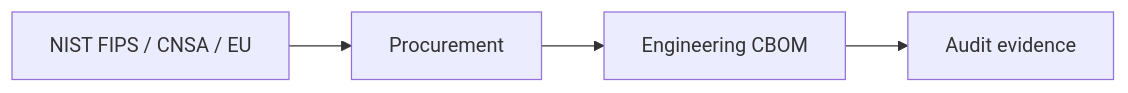
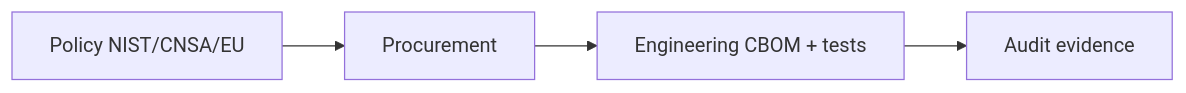
The first of 2 diagrams in manuscript/chapters/21-industry-government.md (kalyogyogi-ui/Ai-check-), drawn with Mermaid before and after one commit. The commit also changed other lines of this file and 31 other files, not shown here.

First line of the commit message:
Fix figure placement: in-section after intro text, repair corrupted headings

````diff
--- a/manuscript/chapters/21-industry-government.md
+++ b/manuscript/chapters/21-industry-government.md
@@ -9,6 +11,6 @@
 ```mermaid
 flowchart LR
-  POL[NIST FIPS / CNSA / EU] --> PROC[Procurement]
-  PROC --> ENG[Engineering CBOM]
-  ENG --> AUDIT[Audit evidence]
+  POL[Policy NIST/CNSA/EU] --> PROC[Procurement]
+  PROC --> ENG[Engineering CBOM + tests]
+  ENG --> AUD[Audit evidence]
 ```
````
